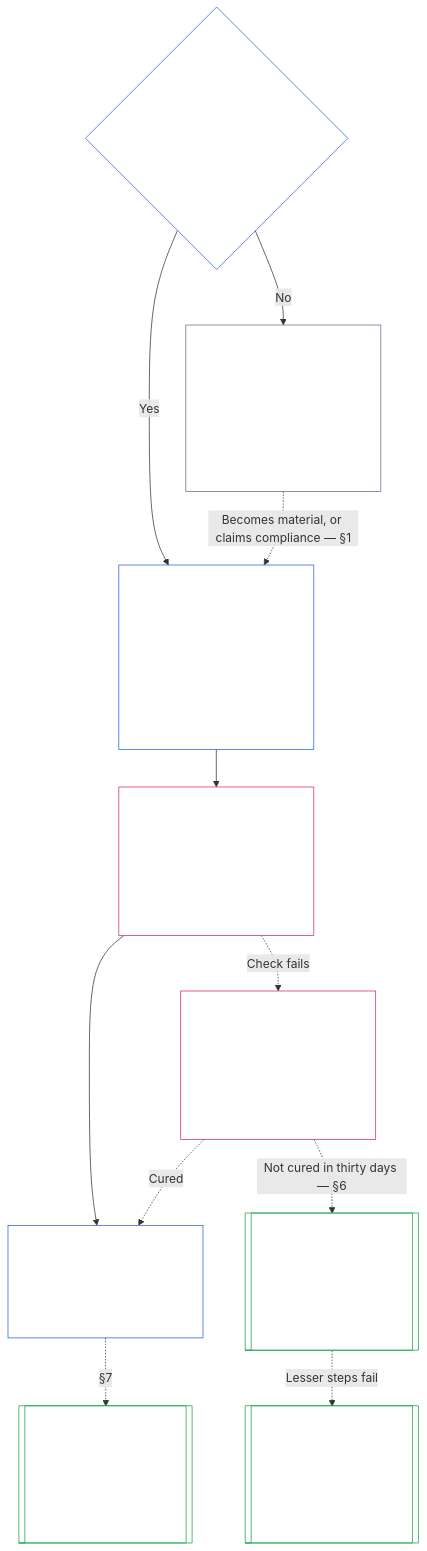
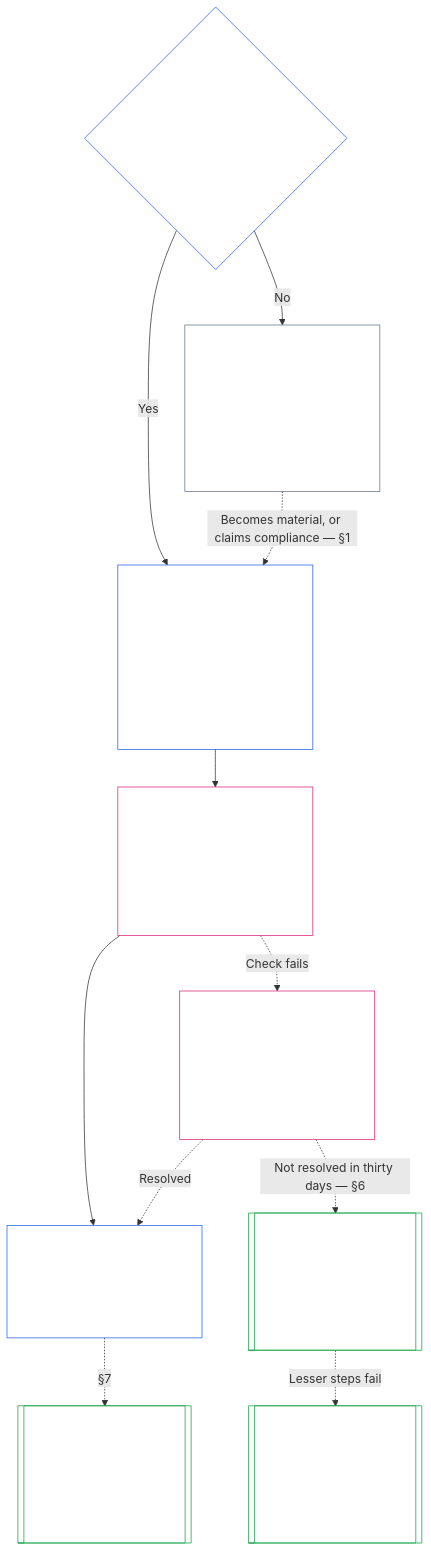
One commit to kfoelsch/Sentient_Constitution changed the diagram in core_07_charters.md. Above: the diagram before and after it, drawn with Mermaid. The commit also changed other lines of this file and 31 other files, not shown here.

````diff
--- a/core_07_charters.md
+++ b/core_07_charters.md
@@ -176,31 +176,31 @@
 ```mermaid
 flowchart TB
     Q{"Material to others?<br/>Class L or higher — §1<br/><br/>Nobody needs permission to form — §2"}
     C["Publish its System Charter or<br/>Institutional Charter — §3, §4<br/><br/>Purpose, limits, who relies on it,<br/>who changes it, who holds each seat"]
     H["Publish the office-holder statement — §5<br/><br/>Who holds the key offices, who controls<br/>them, how they are rewarded"]
     K["Keep it true — §7<br/><br/>Review on schedule<br/>Fix any mismatch in the open"]
     X[["Chapter Nine — Alignment certification<br/><br/>Checks the scope against real operation<br/><br/>Outside this chapter"]]
     P["Class P: a System Charter or<br/>Institutional Charter is voluntary<br/><br/>Publishing one creates no duty<br/>under this chapter"]
-    F["A holder fails the check — §6<br/><br/>Replace that sentient, not the Chartered Party<br/>A week to answer, thirty days to cure"]
+    F["A holder fails the check — §6<br/><br/>Replace that sentient, not the Chartered Party<br/>A week to answer, thirty days to resolve it"]
     R[["CI-13 — Consequence review<br/><br/>Lightest step that protects others<br/><br/>Outside this chapter"]]
     E[["CI-13 — Contract below Class L, or dissolve<br/><br/>Dissolution only as a last step<br/><br/>Outside this chapter"]]
     Q -->|"Yes"| C
     Q -->|"No"| P
     P -.->|"Becomes material, or claims compliance — §1"| C
     C --> H
     H --> K
     H -.->|"Check fails"| F
-    F -.->|"Cured"| K
-    F -.->|"Not cured in thirty days — §6"| R
+    F -.->|"Resolved"| K
+    F -.->|"Not resolved in thirty days — §6"| R
     R -.->|"Lesser steps fail"| E
     K -.->|"§7"| X
     style Q fill:none,stroke:#2563eb,color:#ffffff
     style C fill:none,stroke:#2563eb,color:#ffffff
     style H fill:none,stroke:#db2777,color:#ffffff
     style K fill:none,stroke:#2563eb,color:#ffffff
     style X fill:none,stroke:#16a34a,color:#ffffff
     style P fill:none,stroke:#64748b,color:#ffffff
     style F fill:none,stroke:#db2777,color:#ffffff
     style R fill:none,stroke:#16a34a,color:#ffffff
     style E fill:none,stroke:#16a34a,color:#ffffff
 ```
````
